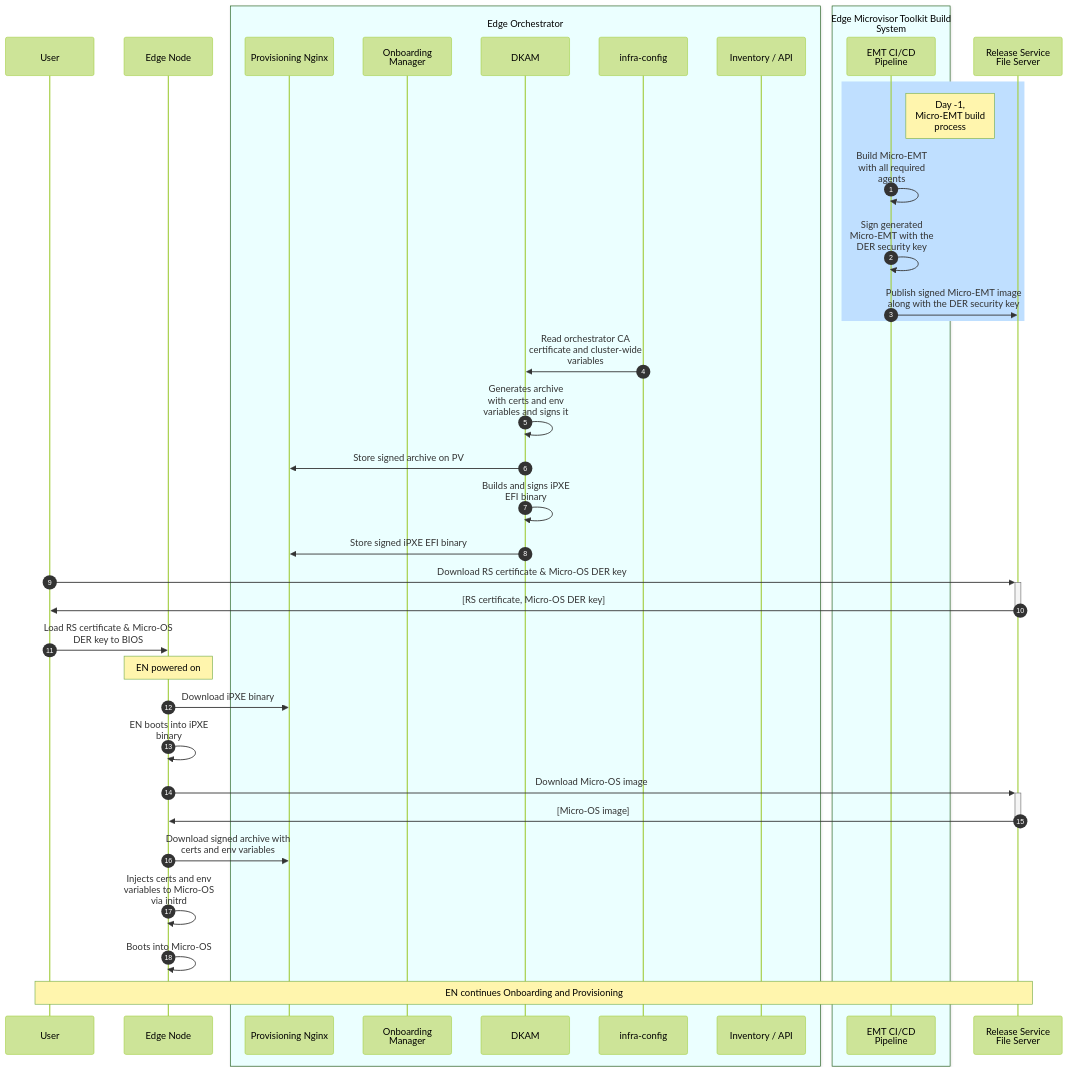
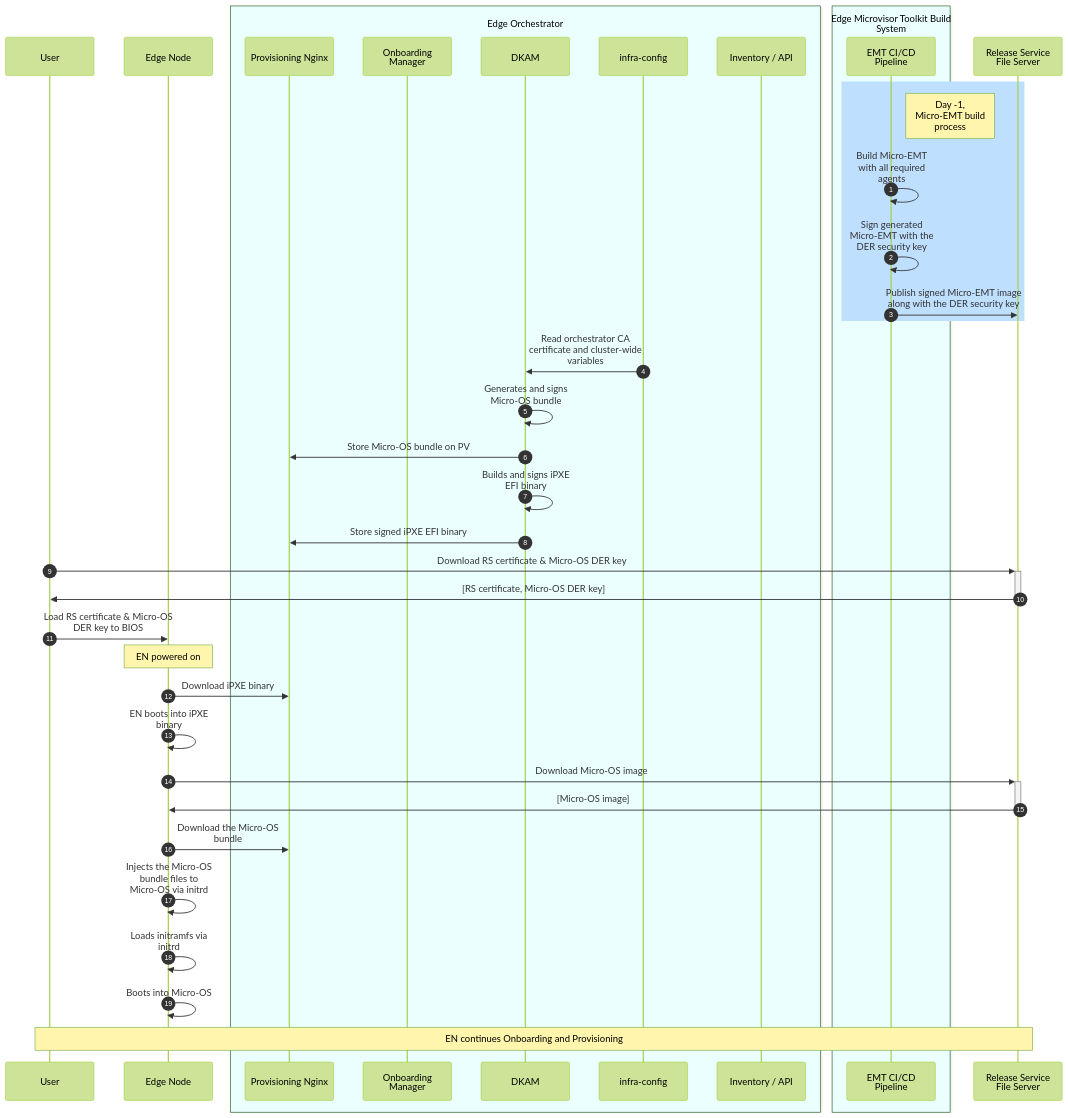
One commit to open-edge-platform/edge-manageability-framework changed the diagram in design-proposals/eim-decouple-microos-storage.md. Above: the diagram before and after it, drawn with Mermaid (forest theme). The commit also changed other lines of this file, not shown here.

````diff
--- a/design-proposals/eim-decouple-microos-storage.md
+++ b/design-proposals/eim-decouple-microos-storage.md
@@ -67,66 +63,68 @@
 ```mermaid
 sequenceDiagram
 %%{wrap}%%
 autonumber
 
   participant user as User
 
   participant en as Edge Node
 
   box rgb(235,255,255) Edge Orchestrator
 
       participant pa as Provisioning Nginx
       participant om as Onboarding Manager
       participant dkam as DKAM
       participant ic as infra-config
       participant inv as Inventory / API
 
   end
 
   box rgb(235,255,255) Edge Microvisor Toolkit Build System
       participant emt-ci as EMT CI/CD Pipeline
   end
 
   participant rs as Release Service File Server
 
   rect rgb(191, 223, 255)
 
   note right of emt-ci: Day -1, Micro-EMT build process
 
   emt-ci->>emt-ci: Build Micro-EMT with all required agents
   emt-ci->>emt-ci: Sign generated Micro-EMT with the DER security key
   emt-ci->>rs: Publish signed Micro-EMT image along with the DER security key 
 
   end
 
   ic->>dkam: Read orchestrator CA certificate and cluster-wide variables
 
-  dkam->>dkam: Generates archive with certs and env variables and signs it
+  dkam->>dkam: Generates and signs Micro-OS bundle
 
-  dkam->>pa: Store signed archive on PV 
+  dkam->>pa: Store Micro-OS bundle on PV 
 
   dkam->>dkam: Builds and signs iPXE EFI binary
 
   dkam->>pa: Store signed iPXE EFI binary
 
   user->>+rs: Download RS certificate & Micro-OS DER key
   rs->>-user: [RS certificate, Micro-OS DER key]
 
   user->>en: Load RS certificate & Micro-OS DER key to BIOS
 
   note over en: EN powered on
 
   en->>pa: Download iPXE binary
   en->>en: EN boots into iPXE binary
 
   en->>+rs: Download Micro-OS image
   rs->>-en: [Micro-OS image]
 
-  en->>pa: Download signed archive with certs and env variables
+  en->>pa: Download the Micro-OS bundle
 
-  en->>en: Injects certs and env variables to Micro-OS via initrd
+  en->>en: Injects the Micro-OS bundle files to Micro-OS via initrd
+  
+  en->>en: Loads initramfs via initrd
 
   en->>en: Boots into Micro-OS
 
   note over user,rs: EN continues Onboarding and Provisioning
 ```
````
